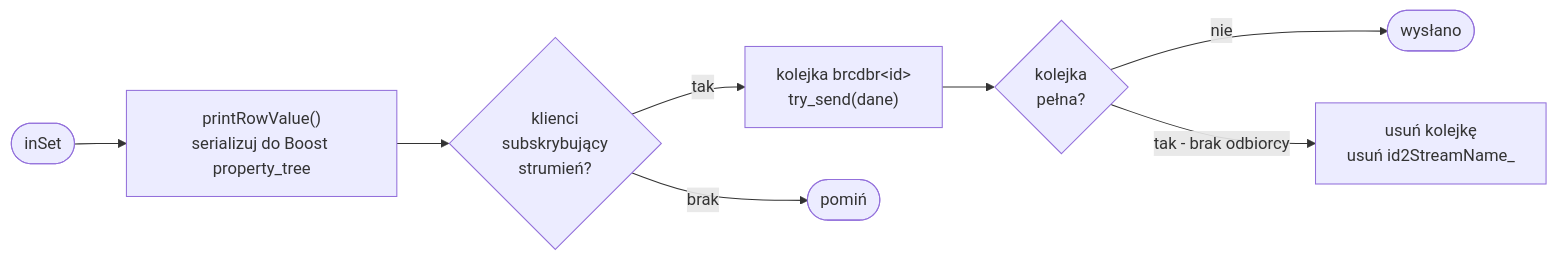
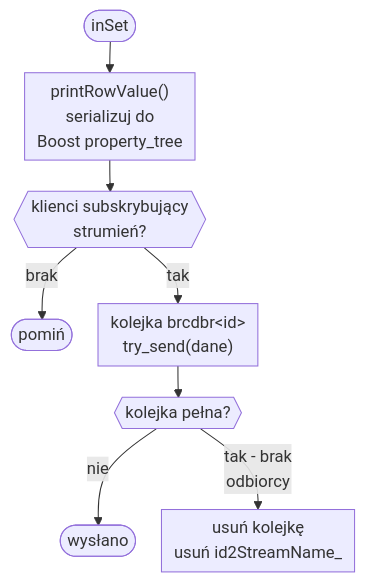
Before and after one commit to michalwidera/dokumentacja-rdb: the fifth of 6 diagrams in realizacja-zapytan/algorytm-przegladu-drzewa-zapytan.md, drawn with Mermaid.

````diff
--- a/realizacja-zapytan/algorytm-przegladu-drzewa-zapytan.md
+++ b/realizacja-zapytan/algorytm-przegladu-drzewa-zapytan.md
@@ -173,13 +173,13 @@
 ```mermaid
 %% pdf-width: 85%
-%% pdf-height: 45%
-%%{init: {"markdownAutoWrap": false}}%%
-flowchart LR
-    A([inSet]) --> B["printRowValue()<br/>serializuj do Boost property_tree"]
-    B --> C{klienci<br/>subskrybujący<br/>strumień?}
+%% pdf-height: 60%
+%%{init: {"markdownAutoWrap": false, "flowchart": {"nodeSpacing": 25, "rankSpacing": 30, "padding": 6}}}%%
+flowchart TB
+    A([inSet]) --> B["printRowValue()<br/>serializuj do<br/>Boost property_tree"]
+    B --> C{{"klienci subskrybujący<br/>strumień?"}}
+    C -->|brak| H([pomiń])
     C -->|tak| D["kolejka brcdbr&lt;id&gt;<br/>try_send(dane)"]
-    D --> E{kolejka<br/>pełna?}
+    D --> E{{"kolejka pełna?"}}
     E -->|nie| F([wysłano])
-    E -->|tak - brak odbiorcy| G["usuń kolejkę<br/>usuń id2StreamName_"]
-    C -->|brak| H([pomiń])
+    E -->|"tak - brak<br/>odbiorcy"| G["usuń kolejkę<br/>usuń id2StreamName_"]
 ```
````
